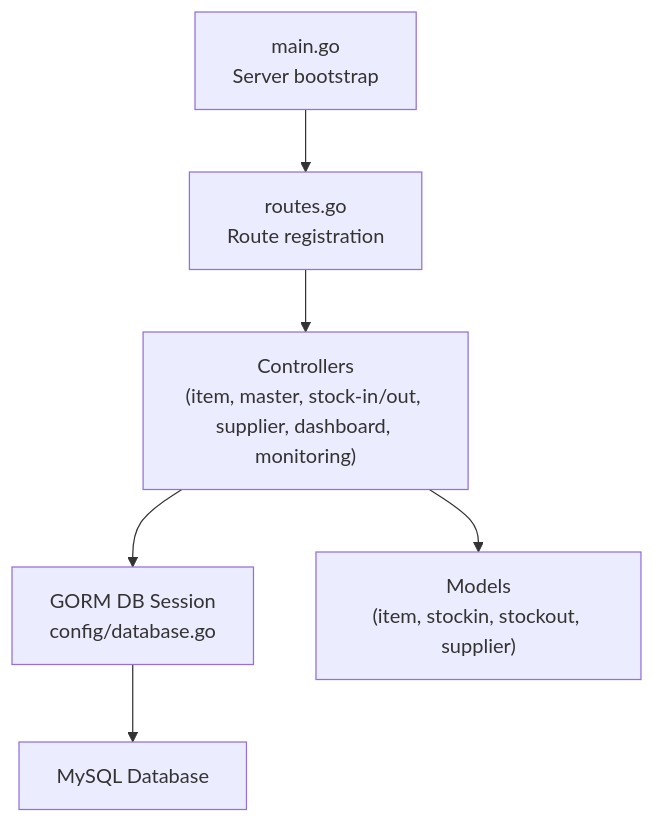
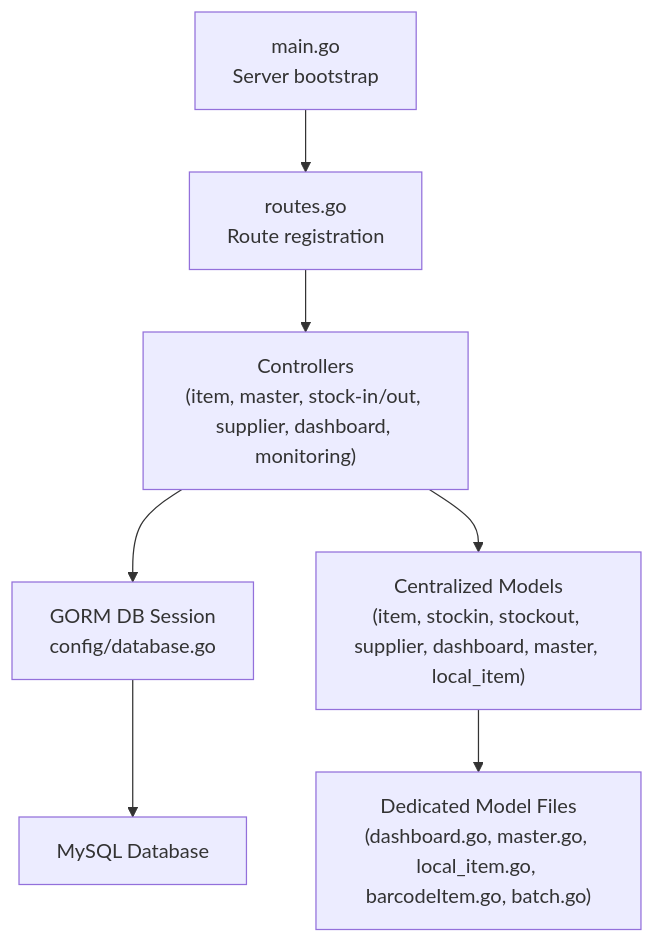
Before and after one commit to haidarqawama/PPA-klinik-amc: the first of 8 diagrams in .qoder/repowiki/en/content/Backend Architecture/Backend Architecture.md, drawn with Mermaid. The commit also changed other lines of this file and 58 other files, not shown here.

````diff
--- a/.qoder/repowiki/en/content/Backend Architecture/Backend Architecture.md
+++ b/.qoder/repowiki/en/content/Backend Architecture/Backend Architecture.md
@@ -48,8 +63,9 @@
 ```mermaid
 graph TB
 Main["main.go<br/>Server bootstrap"] --> Routes["routes.go<br/>Route registration"]
 Routes --> Controllers["Controllers<br/>(item, master, stock-in/out, supplier, dashboard, monitoring)"]
 Controllers --> GORM["GORM DB Session<br/>config/database.go"]
 GORM --> MySQL["MySQL Database"]
-Controllers --> Models["Models<br/>(item, stockin, stockout, supplier)"]
+Controllers --> Models["Centralized Models<br/>(item, stockin, stockout, supplier, dashboard, master, local_item)"]
+Models --> ModelFiles["Dedicated Model Files<br/>(dashboard.go, master.go, local_item.go, barcodeItem.go, batch.go)"]
 ```
````
